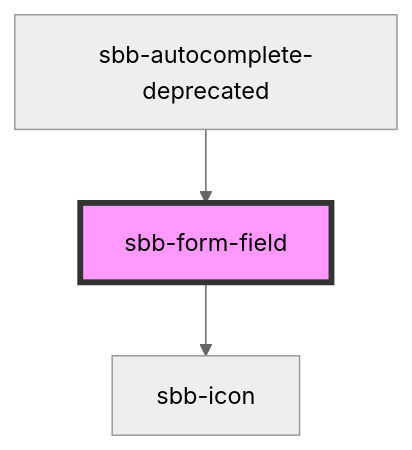
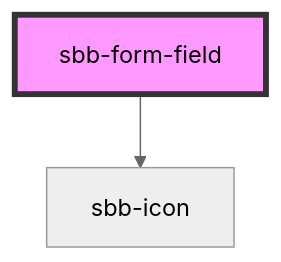
The diagram in src/components/sbb-form-field/readme.md (liviakuenzli/lyne-components), drawn with Mermaid (neutral theme) before and after one commit. The commit also changed other lines of this file and 3 other files, not shown here.

Commit message:
feat(sbb-autocomplete): deleted the old implementation

````diff
--- a/src/components/sbb-form-field/readme.md
+++ b/src/components/sbb-form-field/readme.md
@@ -116,6 +112,5 @@
 ```mermaid
 graph TD;
   sbb-form-field --> sbb-icon
-  sbb-autocomplete-deprecated --> sbb-form-field
   style sbb-form-field fill:#f9f,stroke:#333,stroke-width:4px
 ```
````
